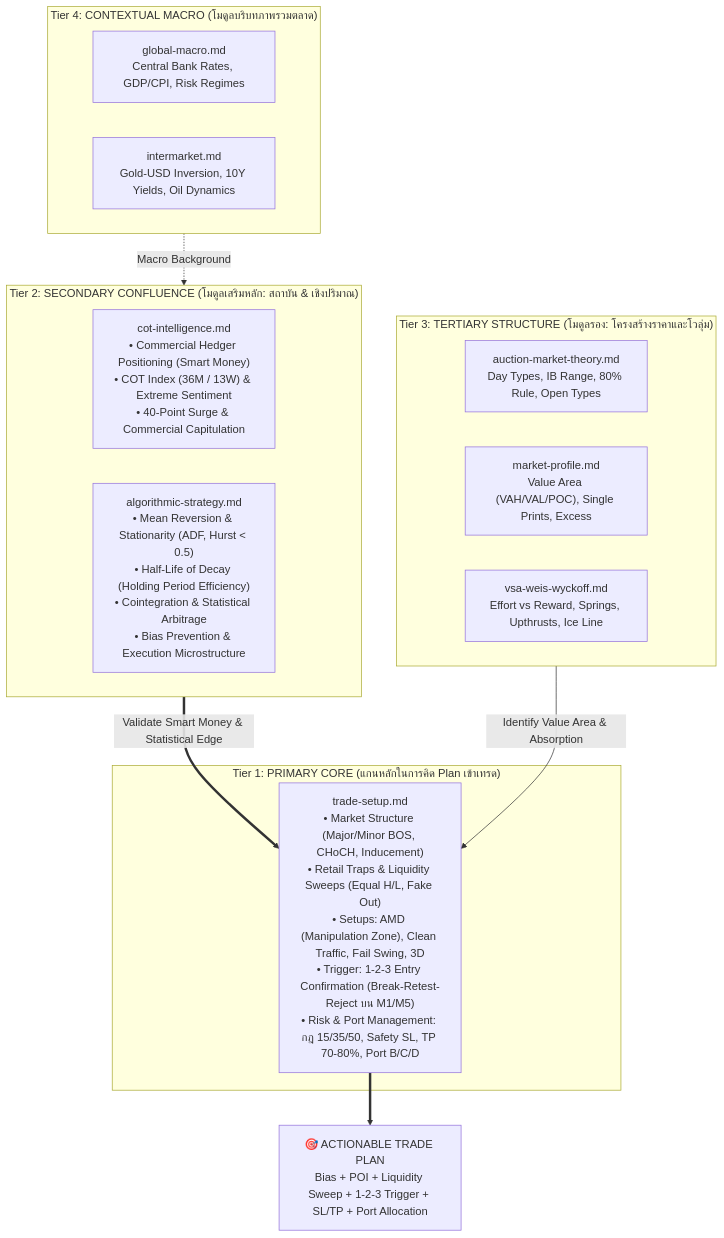
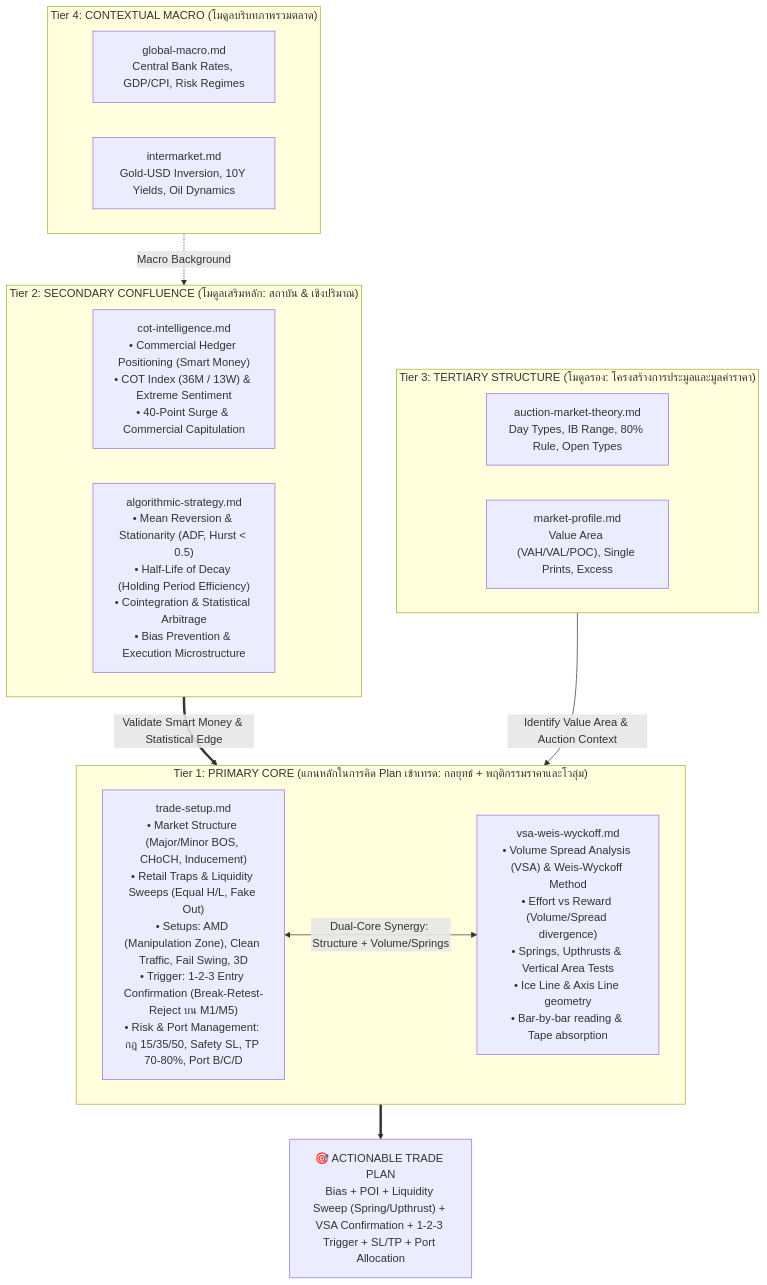
Before and after one commit to masadaark/trade-setup: the diagram in brain/README.md, drawn with Mermaid. The commit also changed other lines of this file and 4 other files, not shown here.

Commit message:
feat: elevate VSA-Weis-Wyckoff method to primary core status and update trade planning hierarchy

````diff
--- a/brain/README.md
+++ b/brain/README.md
@@ -9,27 +9,28 @@
 ```mermaid
 flowchart TD
-    subgraph Tier1 ["Tier 1: PRIMARY CORE (แกนหลักในการคิด Plan เข้าเทรด)"]
+    subgraph Tier1 ["Tier 1: PRIMARY CORE (แกนหลักในการคิด Plan เข้าเทรด: กลยุทธ์ + พฤติกรรมราคาและโวลุ่ม)"]
         TS["trade-setup.md<br/>• Market Structure (Major/Minor BOS, CHoCH, Inducement)<br/>• Retail Traps & Liquidity Sweeps (Equal H/L, Fake Out)<br/>• Setups: AMD (Manipulation Zone), Clean Traffic, Fail Swing, 3D<br/>• Trigger: 1-2-3 Entry Confirmation (Break-Retest-Reject บน M1/M5)<br/>• Risk & Port Management: กฎ 15/35/50, Safety SL, TP 70-80%, Port B/C/D"]
+        VSA["vsa-weis-wyckoff.md<br/>• Volume Spread Analysis (VSA) & Weis-Wyckoff Method<br/>• Effort vs Reward (Volume/Spread divergence)<br/>• Springs, Upthrusts & Vertical Area Tests<br/>• Ice Line & Axis Line geometry<br/>• Bar-by-bar reading & Tape absorption"]
     end
 
     subgraph Tier2 ["Tier 2: SECONDARY CONFLUENCE (โมดูลเสริมหลัก: สถาบัน & เชิงปริมาณ)"]
         COT["cot-intelligence.md<br/>• Commercial Hedger Positioning (Smart Money)<br/>• COT Index (36M / 13W) & Extreme Sentiment<br/>• 40-Point Surge & Commercial Capitulation"]
         ALGO["algorithmic-strategy.md<br/>• Mean Reversion & Stationarity (ADF, Hurst < 0.5)<br/>• Half-Life of Decay (Holding Period Efficiency)<br/>• Cointegration & Statistical Arbitrage<br/>• Bias Prevention & Execution Microstructure"]
     end
 
-    subgraph Tier3 ["Tier 3: TERTIARY STRUCTURE (โมดูลรอง: โครงสร้างราคาและโวลุ่ม)"]
+    subgraph Tier3 ["Tier 3: TERTIARY STRUCTURE (โมดูลรอง: โครงสร้างการประมูลและมูลค่าราคา)"]
         AMT["auction-market-theory.md<br/>Day Types, IB Range, 80% Rule, Open Types"]
         MP["market-profile.md<br/>Value Area (VAH/VAL/POC), Single Prints, Excess"]
-        VSA["vsa-weis-wyckoff.md<br/>Effort vs Reward, Springs, Upthrusts, Ice Line"]
     end
 
     subgraph Tier4 ["Tier 4: CONTEXTUAL MACRO (โมดูลบริบทภาพรวมตลาด)"]
         GM["global-macro.md<br/>Central Bank Rates, GDP/CPI, Risk Regimes"]
         IM["intermarket.md<br/>Gold-USD Inversion, 10Y Yields, Oil Dynamics"]
     end
 
     Tier4 -.->|Macro Background| Tier2
-    Tier2 ==>|Validate Smart Money & Statistical Edge| TS
-    Tier3 -->|Identify Value Area & Absorption| TS
-    TS ==> TRADE_PLAN["🎯 ACTIONABLE TRADE PLAN<br/>Bias + POI + Liquidity Sweep + 1-2-3 Trigger + SL/TP + Port Allocation"]
+    Tier2 ==>|Validate Smart Money & Statistical Edge| Tier1
+    Tier3 -->|Identify Value Area & Auction Context| Tier1
+    TS <-->|Dual-Core Synergy: Structure + Volume/Springs| VSA
+    Tier1 ==> TRADE_PLAN["🎯 ACTIONABLE TRADE PLAN<br/>Bias + POI + Liquidity Sweep (Spring/Upthrust) + VSA Confirmation + 1-2-3 Trigger + SL/TP + Port Allocation"]
 ```
````
